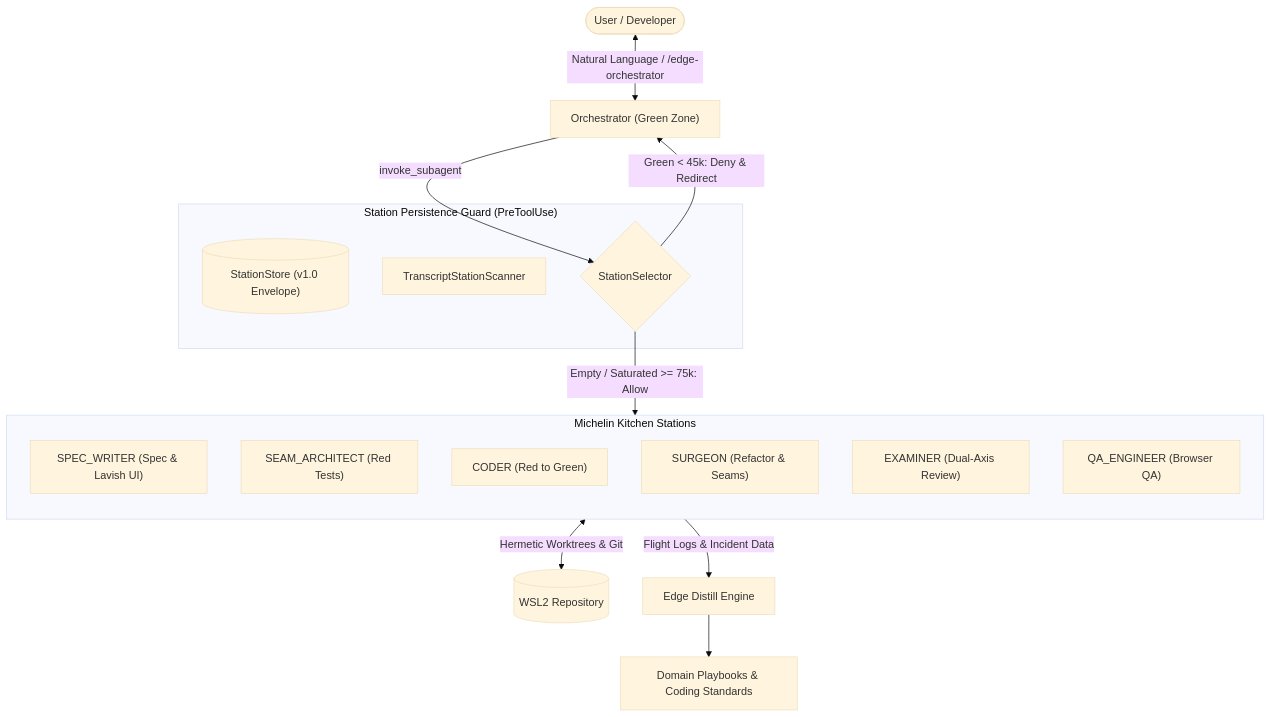
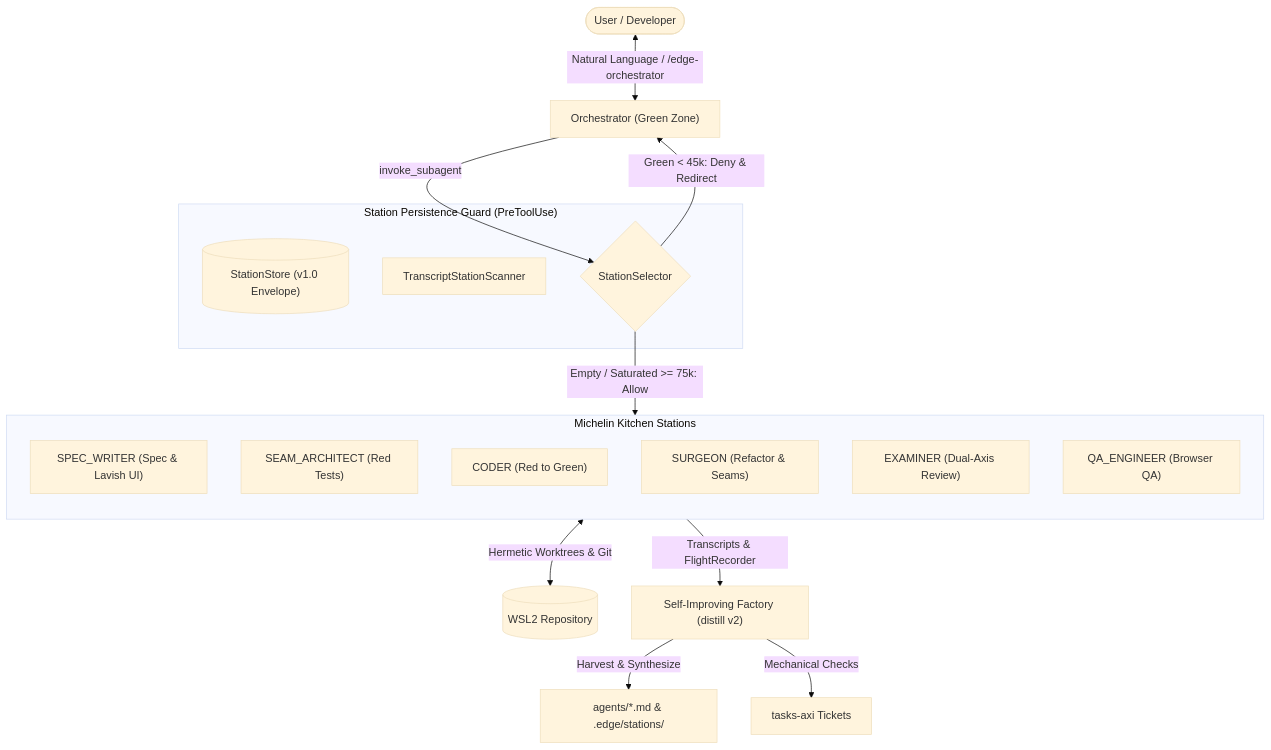
The diagram in ARCHITECTURE.md (oguzalp7/edge), drawn with Mermaid (base theme) before and after one commit. The commit also changed other lines of this file and 7 other files, not shown here.

Commit message:
feat(distill): rewrite edge-distill skill, add cold goldfish lens rubrics, and sync docs

````diff
--- a/ARCHITECTURE.md
+++ b/ARCHITECTURE.md
@@ -218,28 +218,29 @@
 ```mermaid
 flowchart TD
     User([User / Developer]) <-->|Natural Language / /edge-orchestrator| Orch["Orchestrator (Green Zone)"]
     
     subgraph AntigraveyardGuard ["Station Persistence Guard (PreToolUse)"]
         Store[("StationStore (v1.0 Envelope)")]
         Scanner["TranscriptStationScanner"]
         Selector{"StationSelector"}
     end
 
     Orch -->|invoke_subagent| Selector
     Selector -->|Green < 45k: Deny & Redirect| Orch
     Selector -->|Empty / Saturated >= 75k: Allow| Kitchen
 
     subgraph Kitchen ["Michelin Kitchen Stations"]
         direction TB
         SpecWriter["SPEC_WRITER (Spec & Lavish UI)"]
         SeamArch["SEAM_ARCHITECT (Red Tests)"]
         Coder["CODER (Red to Green)"]
         Surgeon["SURGEON (Refactor & Seams)"]
         Examiner["EXAMINER (Dual-Axis Review)"]
         QA["QA_ENGINEER (Browser QA)"]
     end
 
     Kitchen <-->|Hermetic Worktrees & Git| Repo[("WSL2 Repository")]
-    Kitchen -->|Flight Logs & Incident Data| Distill["Edge Distill Engine"]
-    Distill --> Playbooks["Domain Playbooks & Coding Standards"]
+    Kitchen -->|Transcripts & FlightRecorder| Distill["Self-Improving Factory (distill v2)"]
+    Distill -->|Harvest & Synthesize| Rubrics["agents/*.md & .edge/stations/"]
+    Distill -->|Mechanical Checks| Tasks["tasks-axi Tickets"]
 ```
````
